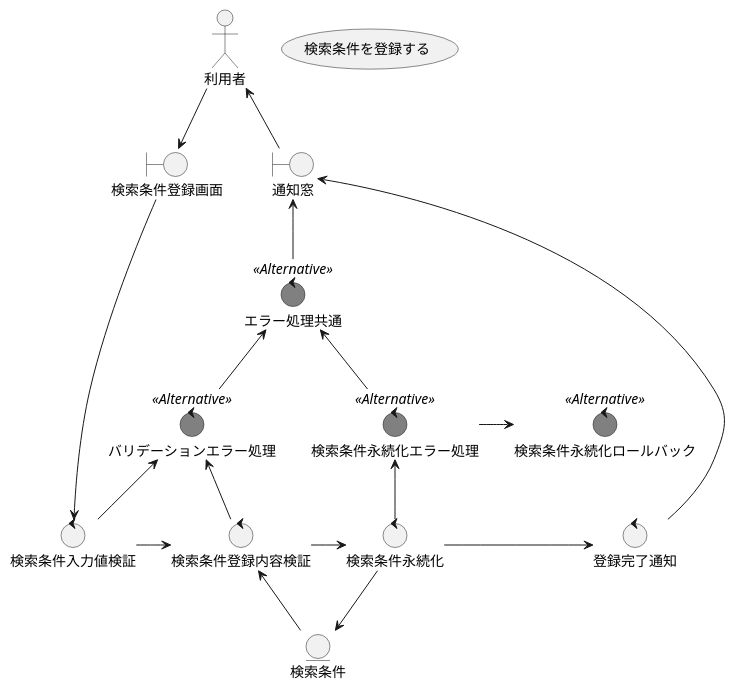
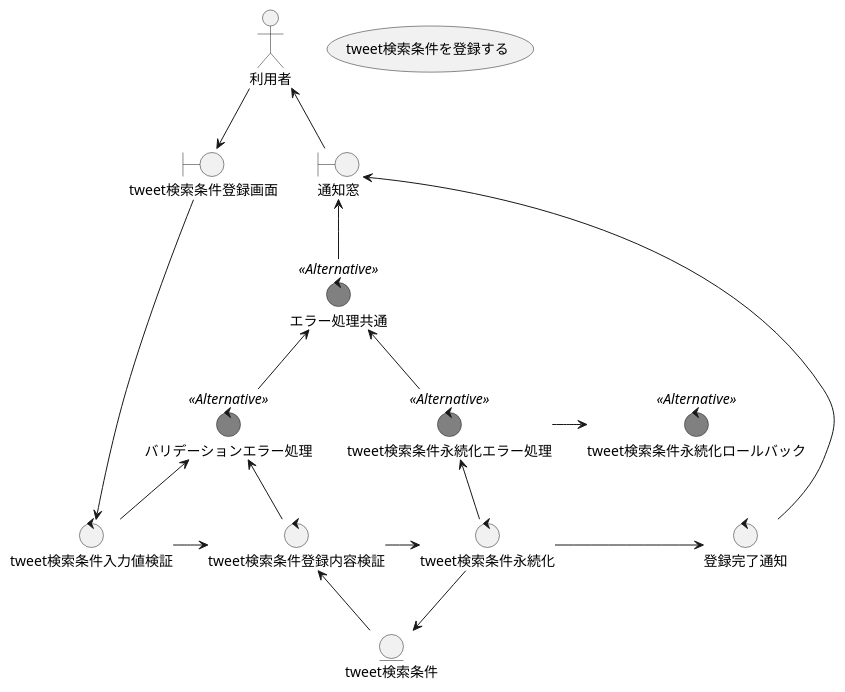
The diagram in analysis/create_search_conditions/robustness.puml (wand2016/twitter-counter-api-generator), drawn with PlantUML before and after one commit. The commit also changed 1 other file, not shown here.

```diff
--- a/analysis/create_search_conditions/robustness.puml
+++ b/analysis/create_search_conditions/robustness.puml
@@ -1,44 +1,44 @@
 @startuml
 
 
 'left to right direction
 
 skinparam control {
   BackgroundColor<<Alternative>> Gray
 
 }
 
-usecase 検索条件を登録する
+usecase tweet検索条件を登録する
 
 actor 利用者
-boundary 検索条件登録画面
-entity 検索条件
-control 検索条件入力値検証
-control 検索条件登録内容検証
-control 検索条件永続化
+boundary tweet検索条件登録画面
+entity tweet検索条件
+control tweet検索条件入力値検証
+control tweet検索条件登録内容検証
+control tweet検索条件永続化
 control 登録完了通知
 control エラー処理共通 <<Alternative>>
 control バリデーションエラー処理 <<Alternative>>
-control 検索条件永続化エラー処理 <<Alternative>>
-control 検索条件永続化ロールバック <<Alternative>>
+control tweet検索条件永続化エラー処理 <<Alternative>>
+control tweet検索条件永続化ロールバック <<Alternative>>
 boundary 通知窓
 
-利用者 -d-> 検索条件登録画面
-検索条件登録画面 -d---> 検索条件入力値検証
-検索条件入力値検証 -r-> 検索条件登録内容検証
-検索条件登録内容検証 <-d- 検索条件
-検索条件登録内容検証 -r-> 検索条件永続化
-検索条件永続化 -d-> 検索条件
-検索条件永続化 -r-> 登録完了通知
+利用者 -d-> tweet検索条件登録画面
+tweet検索条件登録画面 -d---> tweet検索条件入力値検証
+tweet検索条件入力値検証 -r-> tweet検索条件登録内容検証
+tweet検索条件登録内容検証 <-d- tweet検索条件
+tweet検索条件登録内容検証 -r-> tweet検索条件永続化
+tweet検索条件永続化 -d-> tweet検索条件
+tweet検索条件永続化 -r-> 登録完了通知
 登録完了通知 -u---> 通知窓
 通知窓 -l-> 利用者
 
 エラー処理共通 -u-> 通知窓
-検索条件入力値検証 -u-> バリデーションエラー処理
-検索条件登録内容検証 -u-> バリデーションエラー処理
+tweet検索条件入力値検証 -u-> バリデーションエラー処理
+tweet検索条件登録内容検証 -u-> バリデーションエラー処理
 バリデーションエラー処理 -u-> エラー処理共通
-検索条件永続化 -u-> 検索条件永続化エラー処理
-検索条件永続化エラー処理 -r-> 検索条件永続化ロールバック
-検索条件永続化エラー処理 -u-> エラー処理共通
+tweet検索条件永続化 -u-> tweet検索条件永続化エラー処理
+tweet検索条件永続化エラー処理 -r-> tweet検索条件永続化ロールバック
+tweet検索条件永続化エラー処理 -u-> エラー処理共通
 
 @enduml
```
